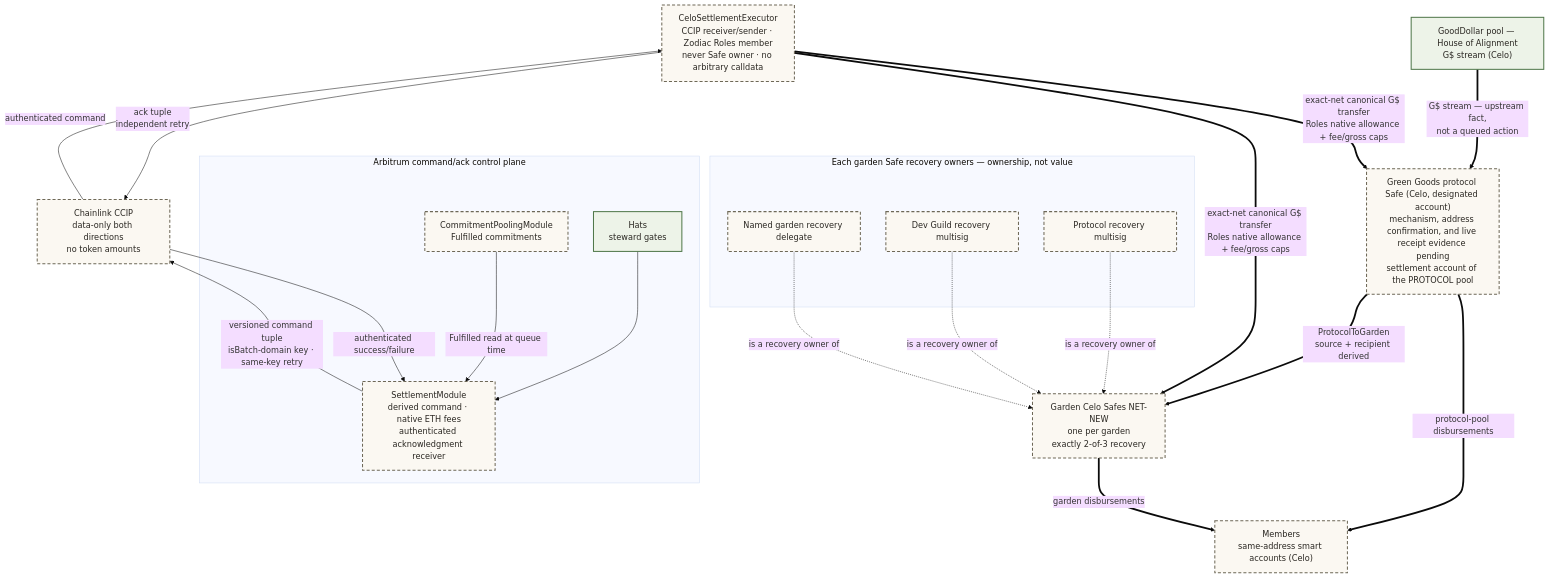
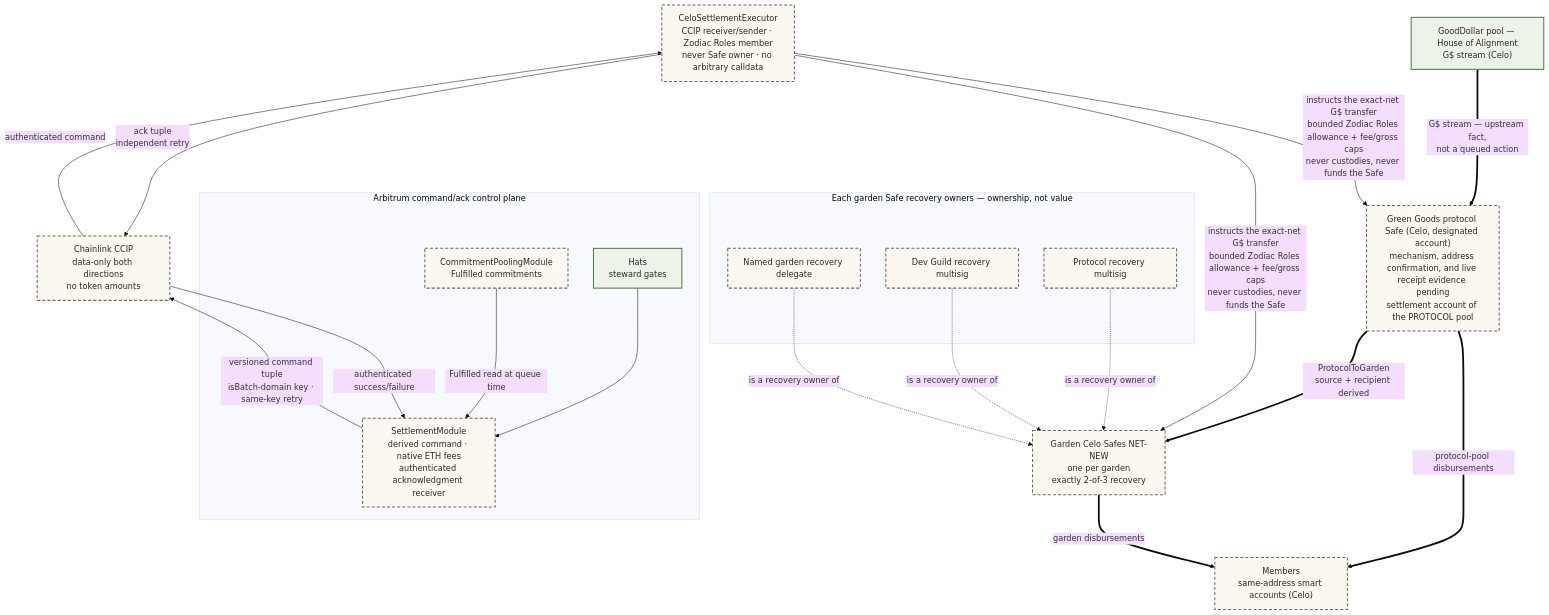
Diagram 20 of 32 in .plans/active/commitment-pooling/diagrams.md (greenpill-dev-guild/green-goods), drawn with Mermaid (base theme) before and after one commit. The commit also changed other lines of this file, not shown here.

First line of the commit message:
docs(plans): fix the six PR review findings on the pooling diagrams

````diff
--- a/.plans/active/commitment-pooling/diagrams.md
+++ b/.plans/active/commitment-pooling/diagrams.md
@@ -1050,44 +1056,44 @@
 ```mermaid
 flowchart TD
   HOA["GoodDollar pool — House of Alignment<br/>G$ stream (Celo)"]
   PS["Green Goods protocol Safe (Celo, designated account)<br/>mechanism, address confirmation, and live receipt evidence pending<br/>settlement account of the PROTOCOL pool"]
   GS["Garden Celo Safes NET-NEW<br/>one per garden<br/>exactly 2-of-3 recovery"]
   MEM["Members<br/>same-address smart accounts (Celo)"]
 
   subgraph OWN["Each garden Safe recovery owners — ownership, not value"]
     PM["Protocol recovery multisig"]
     DM["Dev Guild recovery multisig"]
     GR["Named garden recovery delegate"]
   end
   CE["CeloSettlementExecutor<br/>CCIP receiver/sender · Zodiac Roles member<br/>never Safe owner · no arbitrary calldata"]
 
   subgraph ARB["Arbitrum command/ack control plane"]
     HATS["Hats<br/>steward gates"]
     CPM["CommitmentPoolingModule<br/>Fulfilled commitments"]
     SM["SettlementModule<br/>derived command · native ETH fees<br/>authenticated acknowledgment receiver"]
   end
   CCIP["Chainlink CCIP<br/>data-only both directions<br/>no token amounts"]
 
   HOA ==>|"G$ stream — upstream fact,<br/>not a queued action"| PS
   PS ==>|"ProtocolToGarden<br/>source + recipient derived"| GS
   PS ==>|"protocol-pool disbursements"| MEM
   GS ==>|"garden disbursements"| MEM
-  CE ==>|"exact-net canonical G$ transfer<br/>Roles native allowance + fee/gross caps"| PS
-  CE ==>|"exact-net canonical G$ transfer<br/>Roles native allowance + fee/gross caps"| GS
+  CE -->|"instructs the exact-net G$ transfer<br/>bounded Zodiac Roles allowance + fee/gross caps<br/>never custodies, never funds the Safe"| PS
+  CE -->|"instructs the exact-net G$ transfer<br/>bounded Zodiac Roles allowance + fee/gross caps<br/>never custodies, never funds the Safe"| GS
 
   HATS --> SM
   CPM -->|"Fulfilled read at queue time"| SM
   SM -->|"versioned command tuple<br/>isBatch-domain key · same-key retry"| CCIP
   CCIP -->|"authenticated command"| CE
   CE -->|"ack tuple<br/>independent retry"| CCIP
   CCIP -->|"authenticated success/failure"| SM
 
   PM -.->|"is a recovery owner of"| GS
   DM -.->|"is a recovery owner of"| GS
   GR -.->|"is a recovery owner of"| GS
 
   classDef built fill:#edf3e8,stroke:#50784a,stroke-width:2px,color:#2a2722
   classDef planned fill:#fbf8f2,stroke:#6e6857,stroke-width:2px,stroke-dasharray:6 4,color:#2a2722
   class HOA,HATS built
   class PS,GS,MEM,CE,CPM,SM,CCIP,PM,DM,GR planned
 ```
````
